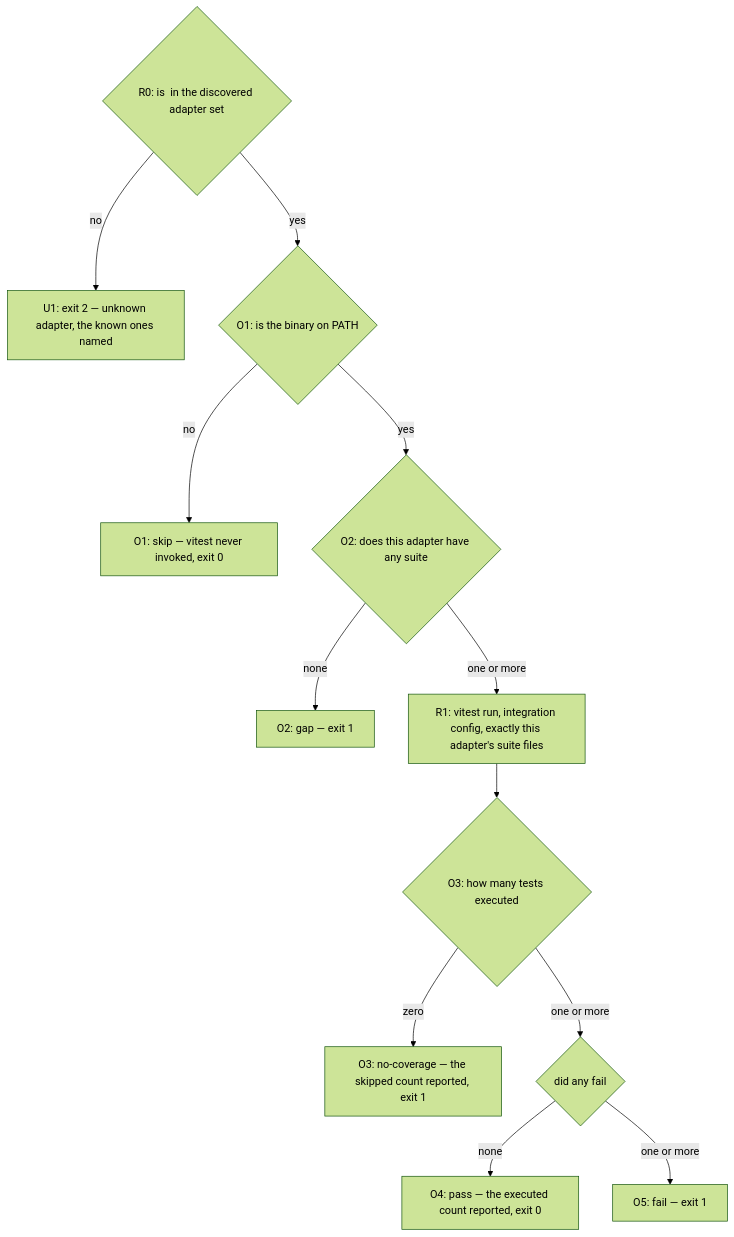
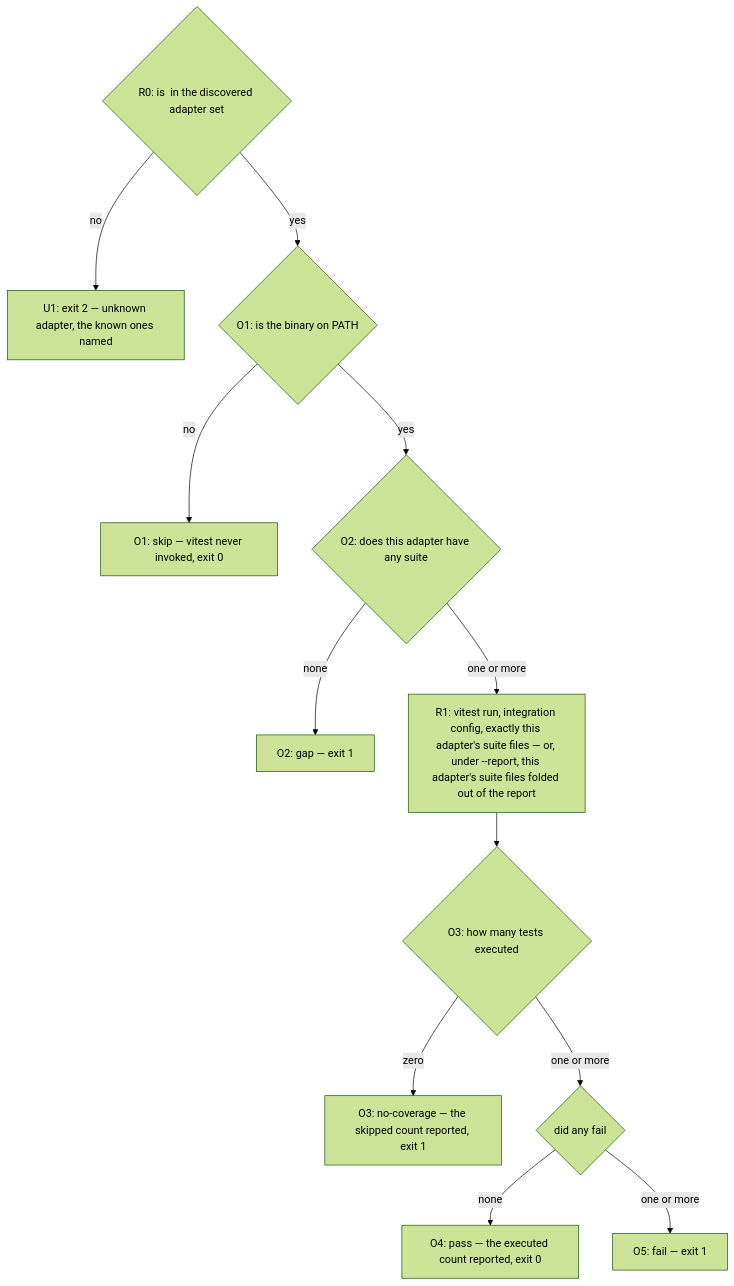
One commit to cyberuni/cyber-mux changed the second of 4 diagrams in packages/cyber-mux/.agents/spec/conformance/README.md. Above: the diagram before and after it, drawn with Mermaid (forest theme). The commit also changed other lines of this file and 4 other files, not shown here.

````diff
--- a/packages/cyber-mux/.agents/spec/conformance/README.md
+++ b/packages/cyber-mux/.agents/spec/conformance/README.md
@@ -204,15 +232,15 @@
 ```mermaid
 graph TD
   R0{"R0: is <name> in the discovered adapter set"}
   R0 -->|"no"| U1["U1: exit 2 — unknown adapter, the known ones named"]
   R0 -->|"yes"| I{"O1: is the binary <name> on PATH"}
   I -->|"no"| S["O1: skip — vitest never invoked, exit 0"]
   I -->|"yes"| Q{"O2: does this adapter have any suite"}
   Q -->|"none"| G["O2: gap — exit 1"]
-  Q -->|"one or more"| RUN["R1: vitest run, integration config, exactly this adapter's suite files"]
+  Q -->|"one or more"| RUN["R1: vitest run, integration config, exactly this adapter's suite files — or, under --report, this adapter's suite files folded out of the report"]
   RUN --> C{"O3: how many tests executed"}
   C -->|"zero"| NC["O3: no-coverage — the skipped count reported, exit 1"]
   C -->|"one or more"| P{"did any fail"}
   P -->|"none"| PASS["O4: pass — the executed count reported, exit 0"]
   P -->|"one or more"| FAIL["O5: fail — exit 1"]
 ```
````
